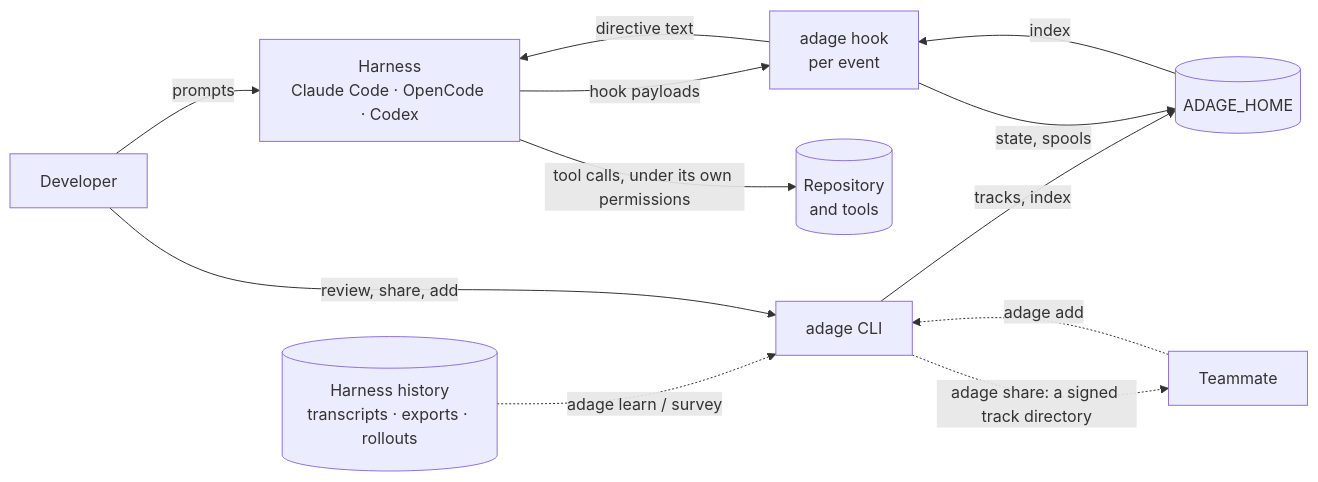
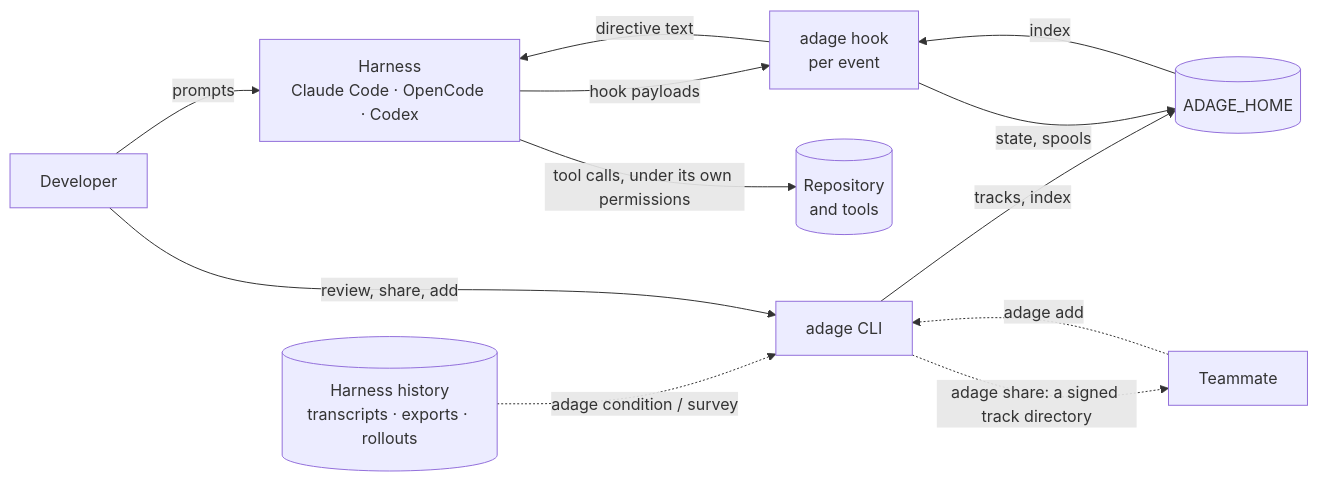
One commit to stevenvaughanbooth/adage changed the first of 5 diagrams in docs/Adage — Architecture.md. Above: the diagram before and after it, drawn with Mermaid. The commit also changed other lines of this file and 97 other files, not shown here.

````diff
--- a/docs/Adage — Architecture.md
+++ b/docs/Adage — Architecture.md
@@ -47,14 +47,14 @@
 ```mermaid
 flowchart LR
   Dev[Developer] -->|prompts| H[Harness<br/>Claude Code · OpenCode · Codex]
   H -->|hook payloads| A[adage hook<br/>per event]
   A -->|directive text| H
   H -->|tool calls, under its own permissions| R[(Repository<br/>and tools)]
-  T[(Harness history<br/>transcripts · exports · rollouts)] -.->|adage learn / survey| L[adage CLI]
+  T[(Harness history<br/>transcripts · exports · rollouts)] -.->|adage condition / survey| L[adage CLI]
   L -->|tracks, index| D[(ADAGE_HOME)]
   A -->|state, spools| D
   D -->|index| A
   L -.->|adage share: a signed track directory| P[Teammate]
   P -.->|adage add| L
   Dev -->|review, share, add| L
 ```
````
